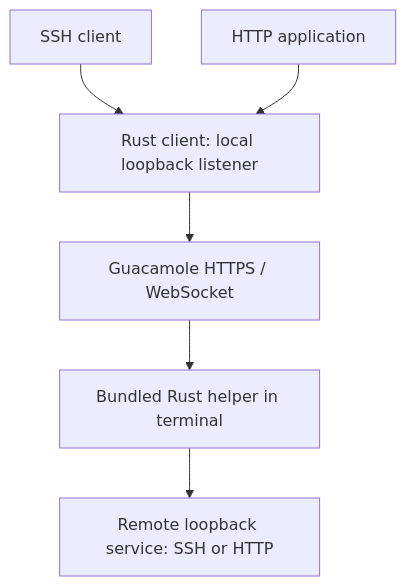
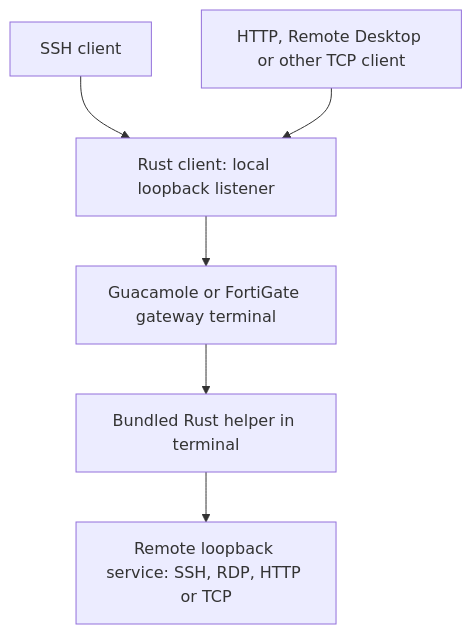
The first of 2 diagrams in docs/connections.md (himbeles/guac-bridge), drawn with Mermaid before and after one commit. The commit also changed other lines of this file and 25 other files, not shown here.

Commit message:
Prepare v5.0.0 with RDP and TCP bridges and complete CLI help

````diff
--- a/docs/connections.md
+++ b/docs/connections.md
@@ -3,8 +3,8 @@
 ```mermaid
 flowchart TD
     SSH["SSH client"] --> Local["Rust client: local loopback listener"]
-    HTTP["HTTP application"] --> Local
-    Local --> Guac["Guacamole HTTPS / WebSocket"]
+    HTTP["HTTP, Remote Desktop or other TCP client"] --> Local
+    Local --> Guac["Guacamole or FortiGate gateway terminal"]
     Guac --> Agent["Bundled Rust helper in terminal"]
-    Agent --> Service["Remote loopback service: SSH or HTTP"]
+    Agent --> Service["Remote loopback service: SSH, RDP, HTTP or TCP"]
 ```
````
